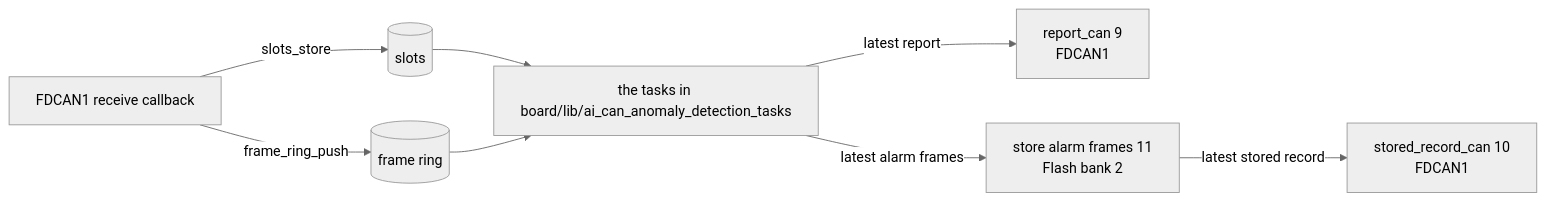
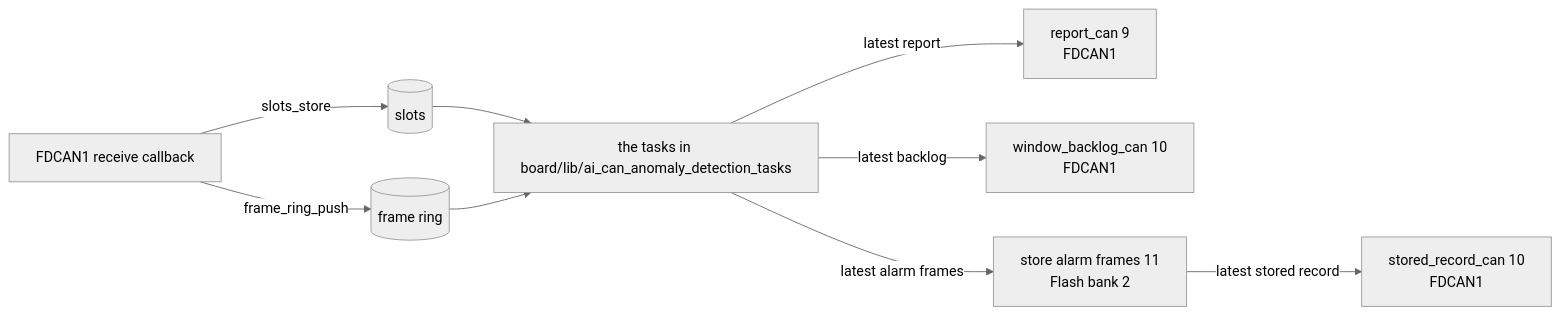
One commit to asana17/ai_can_anomaly_detection changed the diagram in board/application/ai_can_anomaly_detection/README.md. Above: the diagram before and after it, drawn with Mermaid (neutral theme). The commit also changed other lines of this file and 17 other files, not shown here.

````diff
--- a/board/application/ai_can_anomaly_detection/README.md
+++ b/board/application/ai_can_anomaly_detection/README.md
@@ -12,10 +12,11 @@
 ```mermaid
 flowchart LR
     irq["FDCAN1 receive callback"] -- slots_store --> slots[(slots)]
     irq -- frame_ring_push --> frames[(frame ring)]
     slots --> tasks["the tasks in board/lib/ai_can_anomaly_detection_tasks"]
     frames --> tasks
     tasks -- latest report --> can["report_can 9<br/>FDCAN1"]
+    tasks -- latest backlog --> backlog_can["window_backlog_can 10<br/>FDCAN1"]
     tasks -- latest alarm frames --> store["store alarm frames 11<br/>Flash bank 2"]
     store -- latest stored record --> record_can["stored_record_can 10<br/>FDCAN1"]
 ```
````
